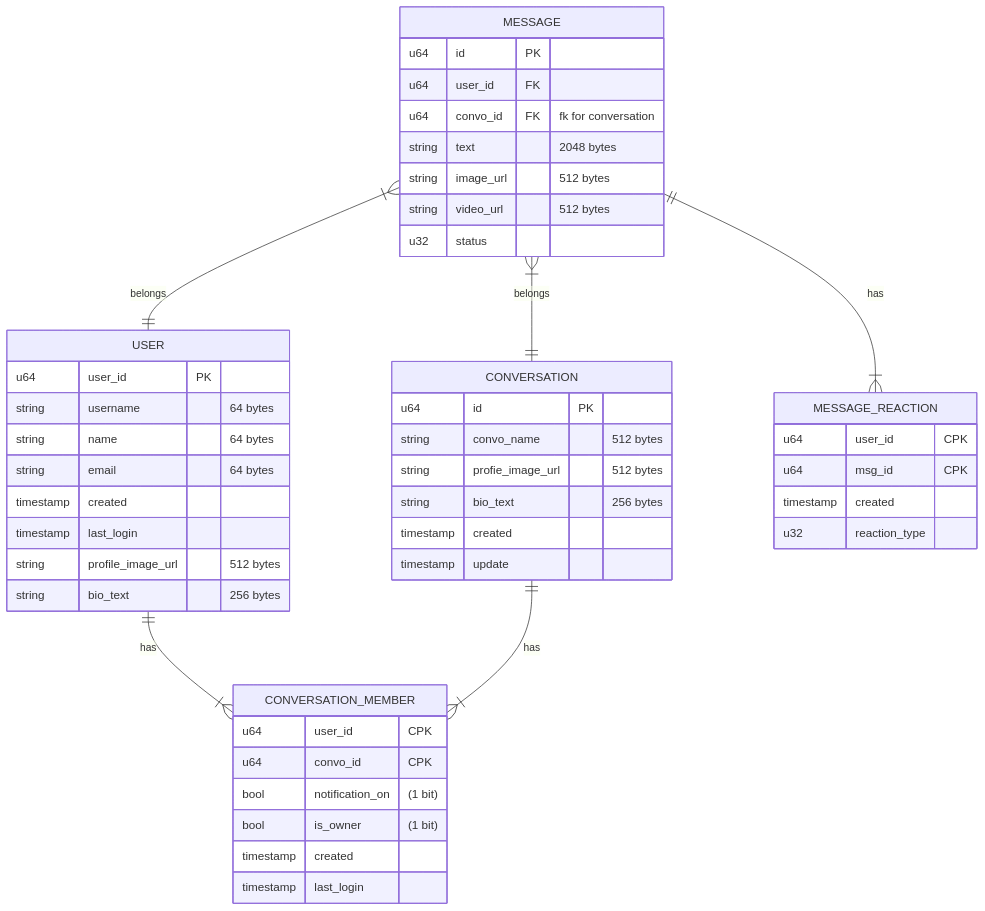
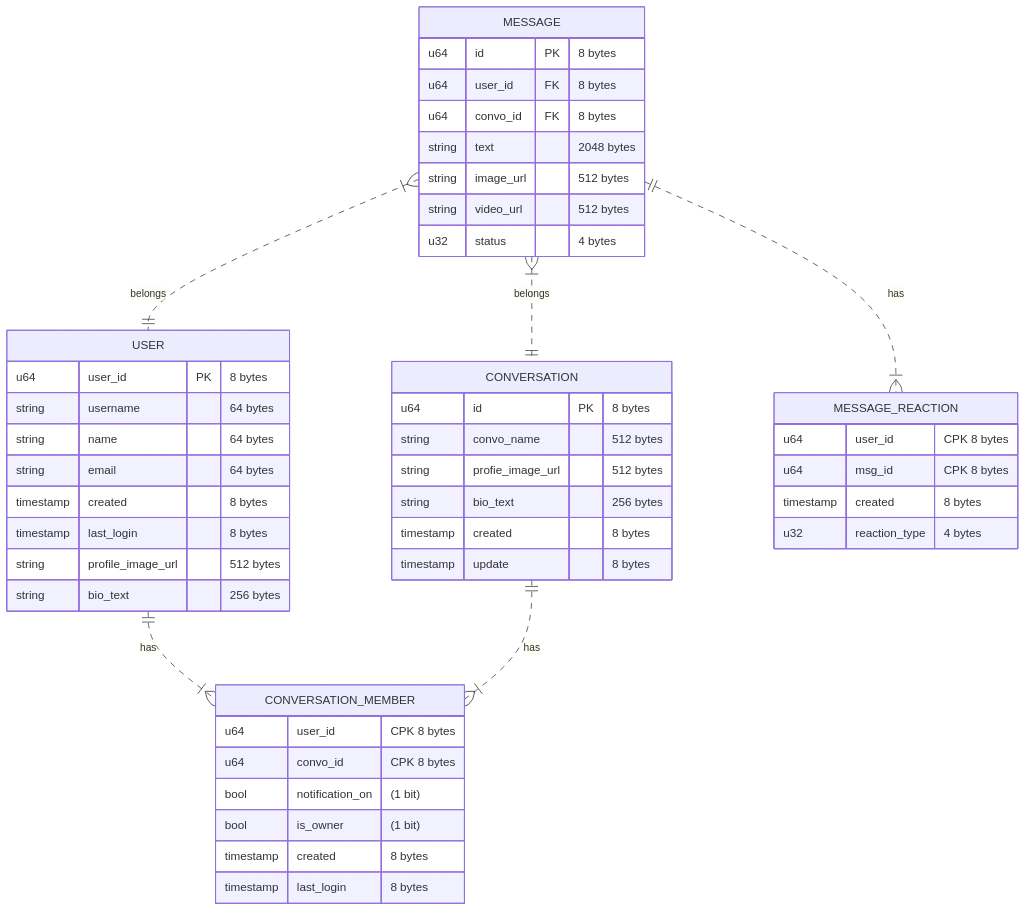
Before and after one commit to brpandey/leetcode-notes: the diagram in sys-design/hacking/28_messaging_persistent_storage.md, drawn with Mermaid. The commit also changed other lines of this file and 16 other files, not shown here.

Commit message:
Added schema data type sizes

````diff
--- a/sys-design/hacking/28_messaging_persistent_storage.md
+++ b/sys-design/hacking/28_messaging_persistent_storage.md
@@ -30,54 +30,54 @@
 ```mermaid
 erDiagram
-    MESSAGE }|--|| USER : belongs
-    MESSAGE }|--|| CONVERSATION : belongs
-    MESSAGE ||--|{ MESSAGE_REACTION : has
-    USER ||--|{ CONVERSATION_MEMBER : has 
-    CONVERSATION ||--|{ CONVERSATION_MEMBER : has 
+    MESSAGE }|..|| USER : belongs
+    MESSAGE }|..|| CONVERSATION : belongs
+    MESSAGE ||..|{ MESSAGE_REACTION : has
+    USER ||..|{ CONVERSATION_MEMBER : has 
+    CONVERSATION ||..|{ CONVERSATION_MEMBER : has 
 
     MESSAGE {
-        u64 id PK
-        u64 user_id FK 
-        u64 convo_id FK "fk for conversation"
+        u64 id PK "8 bytes"
+        u64 user_id FK "8 bytes"
+        u64 convo_id FK "8 bytes"
         string text "2048 bytes"
         string image_url "512 bytes"
         string video_url "512 bytes"
-        u32 status
+        u32 status "4 bytes"
     }
 
     MESSAGE_REACTION {
-        u64 user_id "CPK"
-        u64 msg_id "CPK"
-        timestamp created 
-        u32 reaction_type
+        u64 user_id "CPK 8 bytes"
+        u64 msg_id "CPK 8 bytes"
+        timestamp created "8 bytes"
+        u32 reaction_type "4 bytes"
     }
 
     CONVERSATION {
-        u64 id PK
+        u64 id PK "8 bytes"
         string convo_name "512 bytes"
         string profie_image_url "512 bytes"
         string bio_text "256 bytes"
-        timestamp created
-        timestamp update
+        timestamp created "8 bytes"
+        timestamp update "8 bytes"
     }
 
     USER {
-        u64 user_id PK
+        u64 user_id PK "8 bytes"
         string username "64 bytes"
         string name "64 bytes"
         string email "64 bytes"
-        timestamp created
-        timestamp last_login
+        timestamp created "8 bytes"
+        timestamp last_login "8 bytes"
         string profile_image_url "512 bytes"
         string bio_text "256 bytes"
     }
 
     CONVERSATION_MEMBER {
-        u64 user_id "CPK"
-        u64 convo_id "CPK"
+        u64 user_id "CPK 8 bytes"
+        u64 convo_id "CPK 8 bytes"
         bool notification_on "(1 bit)"
         bool is_owner "(1 bit)"
-        timestamp created
-        timestamp last_login
+        timestamp created "8 bytes"
+        timestamp last_login "8 bytes"
     }
 ```
````
